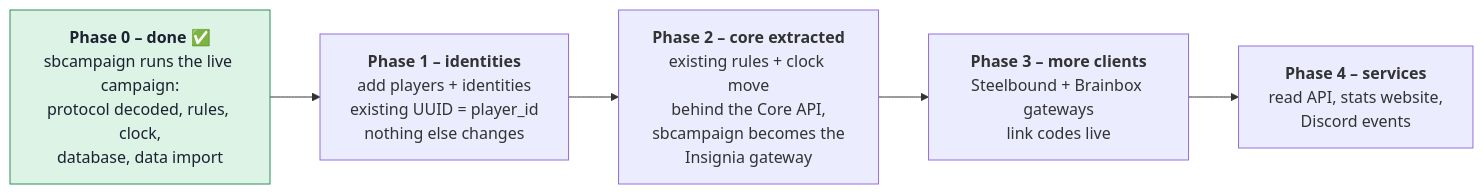
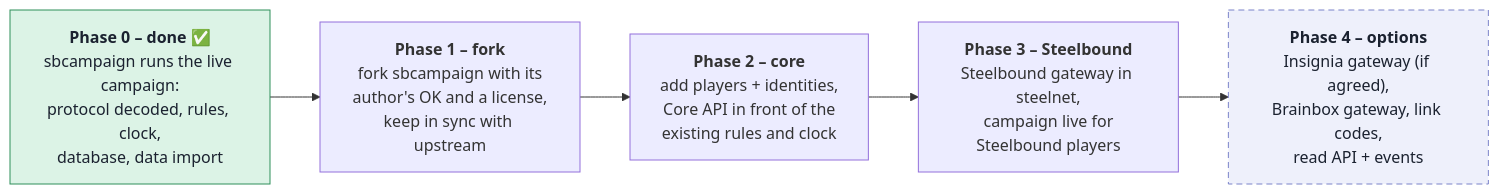
One commit to Greevee-Lab/steelcore changed the fifth of 5 diagrams in docs/concept.md. Above: the diagram before and after it, drawn with Mermaid. The commit also changed other lines of this file and 7 other files, not shown here.

First line of the commit message:
Steelbound first, Insignia as a future option, core on a fork

````diff
--- a/docs/concept.md
+++ b/docs/concept.md
@@ -356,11 +358,13 @@
 ```mermaid
 flowchart LR
     P0["<b>Phase 0 – done ✅</b><br/>sbcampaign runs the live campaign:<br/>protocol decoded, rules, clock,<br/>database, data import"]
-    P1["<b>Phase 1 – identities</b><br/>add players + identities<br/>existing UUID = player_id<br/>nothing else changes"]
-    P2["<b>Phase 2 – core extracted</b><br/>existing rules + clock move<br/>behind the Core API,<br/>sbcampaign becomes the<br/>Insignia gateway"]
-    P3["<b>Phase 3 – more clients</b><br/>Steelbound + Brainbox gateways<br/>link codes live"]
-    P4["<b>Phase 4 – services</b><br/>read API, stats website,<br/>Discord events"]
+    P1["<b>Phase 1 – fork</b><br/>fork sbcampaign with its<br/>author's OK and a license,<br/>keep in sync with upstream"]
+    P2["<b>Phase 2 – core</b><br/>add players + identities,<br/>Core API in front of the<br/>existing rules and clock"]
+    P3["<b>Phase 3 – Steelbound</b><br/>Steelbound gateway in steelnet,<br/>campaign live for<br/>Steelbound players"]
+    P4["<b>Phase 4 – options</b><br/>Insignia gateway (if agreed),<br/>Brainbox gateway, link codes,<br/>read API + events"]
     P0 --> P1 --> P2 --> P3 --> P4
     classDef done fill:#dcf3e6,stroke:#2f8f5b,color:#1b2230
+    classDef option fill:#eef0fb,stroke:#7b83c9,stroke-dasharray:6 4,color:#1b2230
     class P0 done
+    class P4 option
 ```
````
